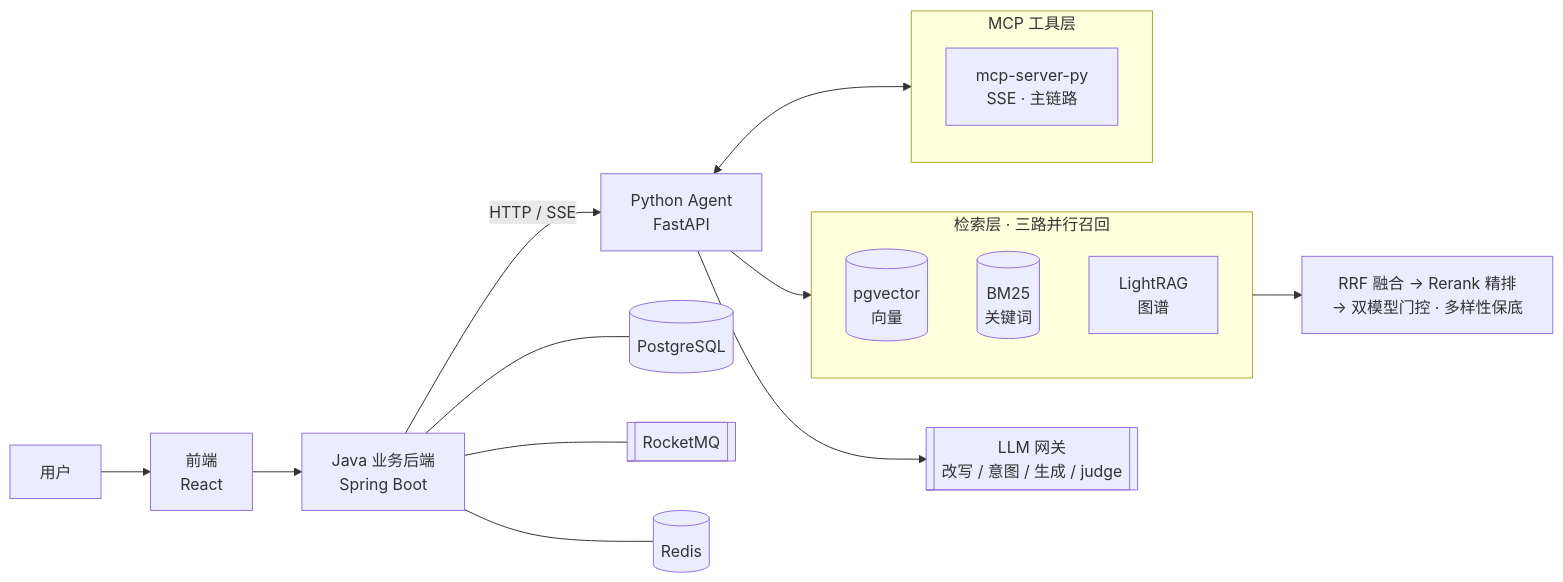
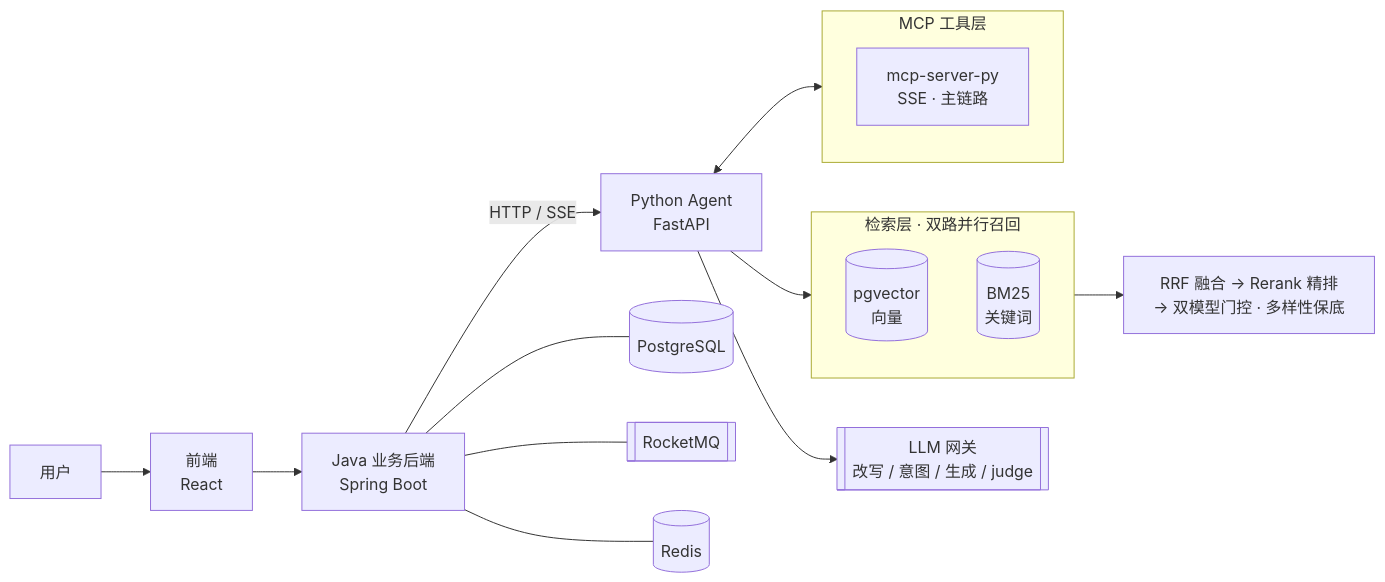
One commit to Huanglh08/Sentinel changed the diagram in README.md. Above: the diagram before and after it, drawn with Mermaid. The commit also changed other lines of this file, not shown here.

Commit message:
README 修正：截图对应关系、双路检索口径、真实模块目录、精简指标

````diff
--- a/README.md
+++ b/README.md
@@ -46,25 +46,24 @@
 ```mermaid
 flowchart LR
     U[用户] --> FE[前端<br/>React]
     FE --> GW[Java 业务后端<br/>Spring Boot]
     GW -->|HTTP / SSE| AG[Python Agent<br/>FastAPI]
 
-    subgraph RETRIEVAL [检索层 · 三路并行召回]
+    subgraph RETRIEVAL [检索层 · 双路并行召回]
         PG[(pgvector<br/>向量)]
         BM[(BM25<br/>关键词)]
-        LR[LightRAG<br/>图谱]
     end
 
     AG --> RETRIEVAL
     RETRIEVAL --> PP[RRF 融合 → Rerank 精排<br/>→ 双模型门控 · 多样性保底]
     AG --> LLM[[LLM 网关<br/>改写 / 意图 / 生成 / judge]]
     AG <--> MCP
 
     subgraph MCP [MCP 工具层]
         MPY[mcp-server-py<br/>SSE · 主链路]
     end
 
     GW --- DB[(PostgreSQL)]
     GW --- MQ[[RocketMQ]]
     GW --- RD[(Redis)]
 ```
````
